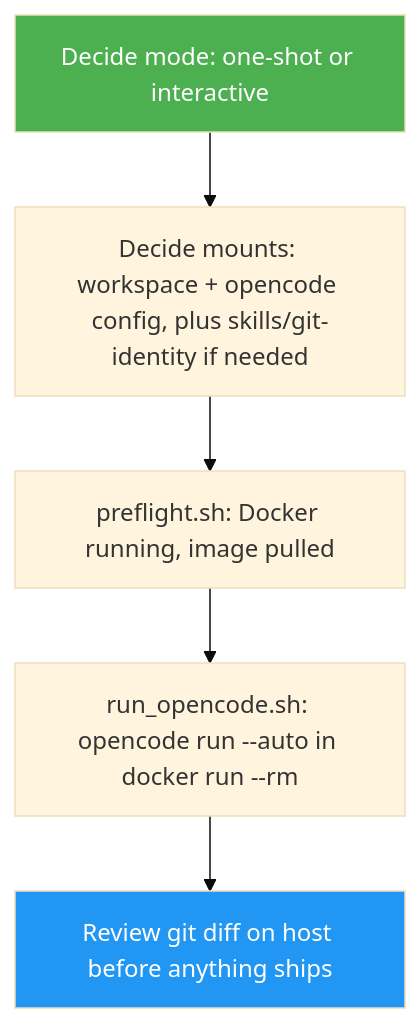
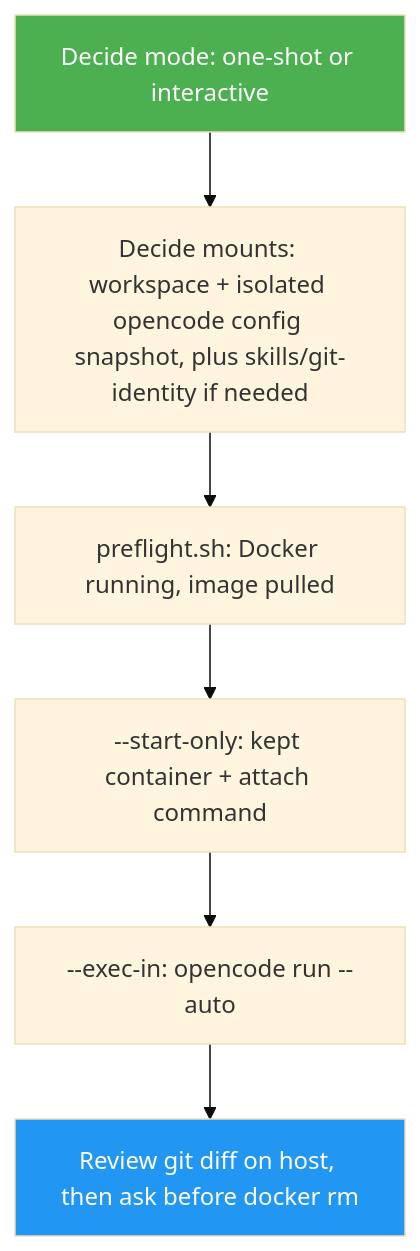
The diagram in skills/opencode-docker-dev/docs/README.md (luongnv89/devbox), drawn with Mermaid (base theme) before and after one commit. The commit also changed other lines of this file and 52 other files, not shown here.

````diff
--- a/skills/opencode-docker-dev/docs/README.md
+++ b/skills/opencode-docker-dev/docs/README.md
@@ -29,9 +30,10 @@
 ```mermaid
 graph TD
-    A["Decide mode: one-shot or interactive"] --> B["Decide mounts: workspace + opencode config, plus skills/git-identity if needed"]
+    A["Decide mode: one-shot or interactive"] --> B["Decide mounts: workspace + isolated opencode config snapshot, plus skills/git-identity if needed"]
     B --> C["preflight.sh: Docker running, image pulled"]
-    C --> D["run_opencode.sh: opencode run --auto in docker run --rm"]
-    D --> E["Review git diff on host before anything ships"]
+    C --> D["--start-only: kept container + attach command"]
+    D --> E["--exec-in: opencode run --auto"]
+    E --> F["Review git diff on host, then ask before docker rm"]
     style A fill:#4CAF50,color:#fff
-    style E fill:#2196F3,color:#fff
+    style F fill:#2196F3,color:#fff
 ```
````
